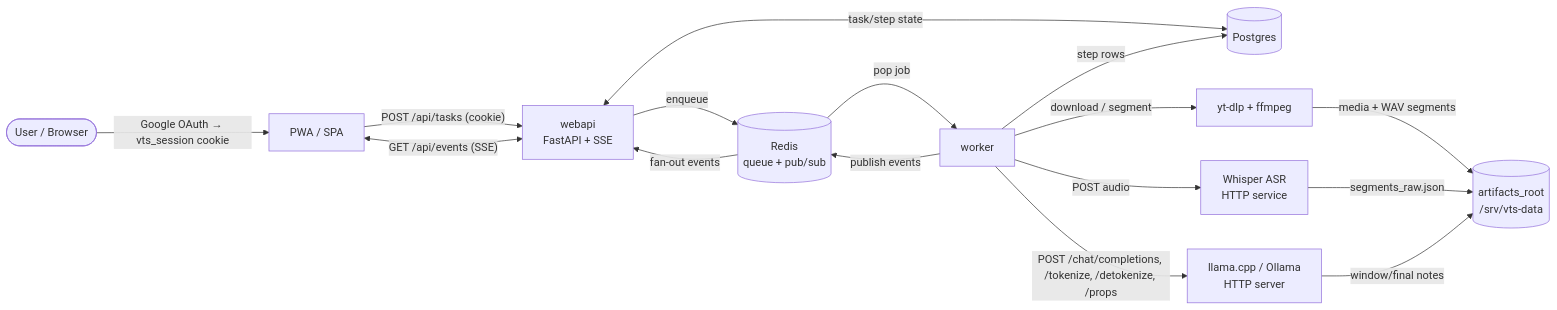
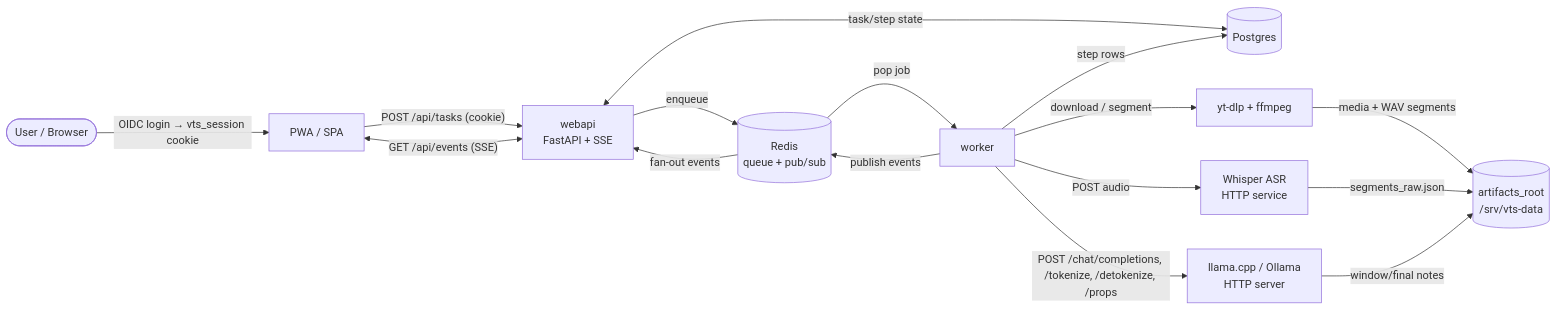
Before and after one commit to gorynychzmey/vts: the diagram in docs/ARCHITECTURE.md, drawn with Mermaid. The commit also changed other lines of this file and 6 other files, not shown here.

First line of the commit message:
docs(auth): Entra ID and generic OIDC setup (vts-sf93.1)

````diff
--- a/docs/ARCHITECTURE.md
+++ b/docs/ARCHITECTURE.md
@@ -43,29 +43,29 @@
 ```mermaid
 flowchart LR
   User([User / Browser])
   PWA[PWA / SPA]
   API[webapi<br/>FastAPI + SSE]
   PG[(Postgres)]
   R[(Redis<br/>queue + pub/sub)]
   W[worker]
   YT[yt-dlp + ffmpeg]
   ASR[Whisper ASR<br/>HTTP service]
   LLM[llama.cpp / Ollama<br/>HTTP server]
   FS[(artifacts_root<br/>/srv/vts-data)]
 
-  User -- "Google OAuth → vts_session cookie" --> PWA
+  User -- "OIDC login → vts_session cookie" --> PWA
   PWA -- "POST /api/tasks (cookie)" --> API
   PWA <-- "GET /api/events (SSE)" --> API
   API -- "enqueue" --> R
   API <-- "task/step state" --> PG
   R -- "pop job" --> W
   W -- "publish events" --> R
   R -- "fan-out events" --> API
   W -- "step rows" --> PG
   W -- "download / segment" --> YT
   YT -- "media + WAV segments" --> FS
   W -- "POST audio" --> ASR
   ASR -- "segments_raw.json" --> FS
   W -- "POST /chat/completions, /tokenize, /detokenize, /props" --> LLM
   LLM -- "window/final notes" --> FS
 ```
````
